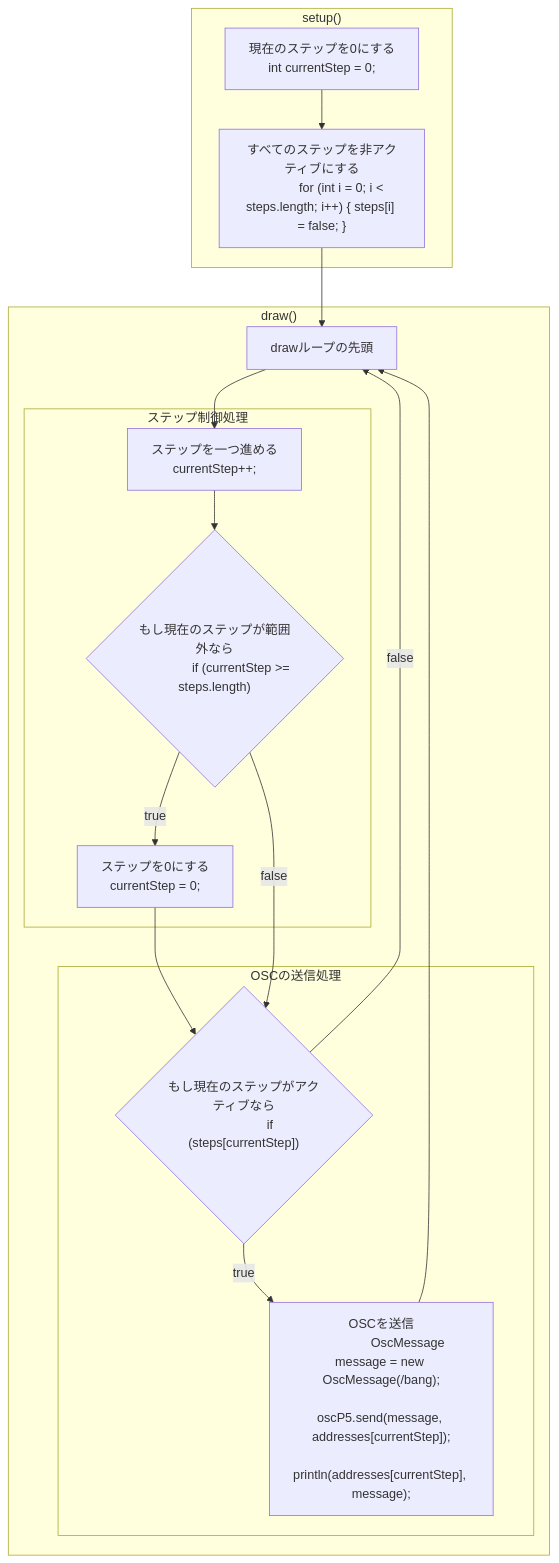
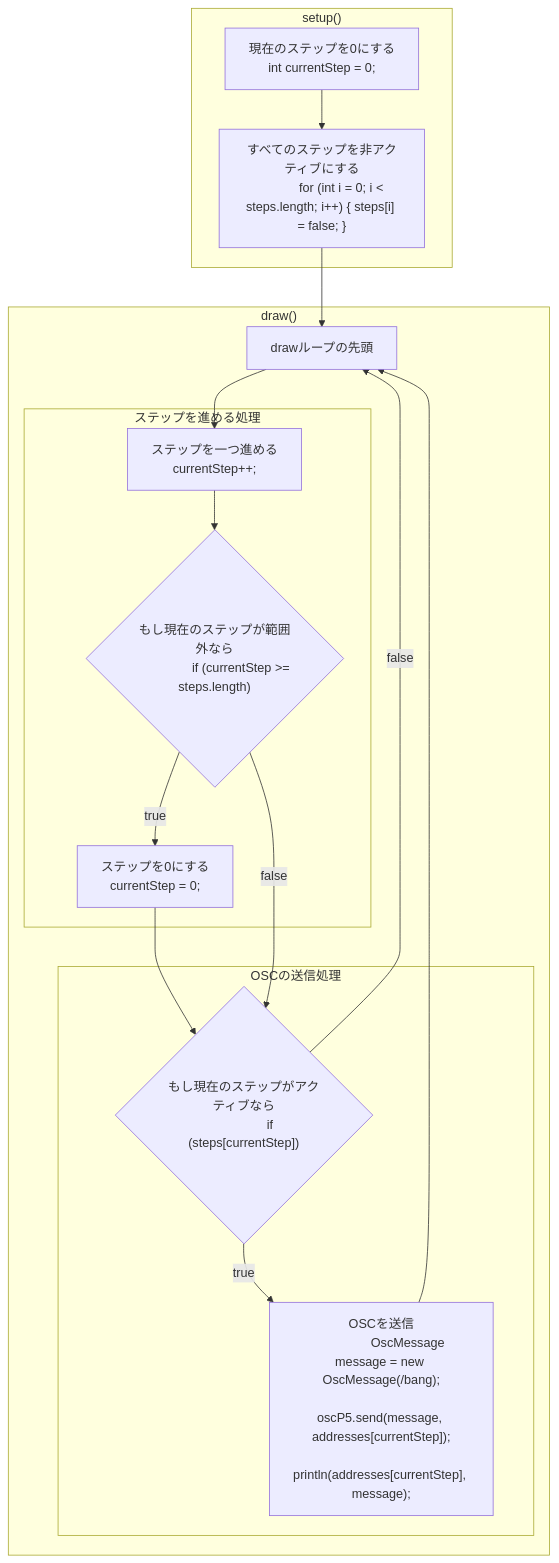
One commit to enkatsu/openlab-workshop202402 changed the diagram in recipes/README.md. Above: the diagram before and after it, drawn with Mermaid. The commit also changed 2 other files, not shown here.

Commit message:
update comment & flowchart

````diff
--- a/recipes/README.md
+++ b/recipes/README.md
@@ -10,40 +10,40 @@
 ```mermaid
 flowchart
     classDef ta-left text-center: left;
 
     subgraph setup["setup()"]
         initCs["現在のステップを0にする
             int currentStep = 0;"]
         initStep["すべてのステップを非アクティブにする
             for (int i = 0; i < steps.length; i++) { steps[i] = false; }"]
     end
     subgraph draw["draw()"]
         loopStart[drawループの先頭]
-        subgraph ステップ制御処理
+        subgraph ステップを進める処理
             incStep["ステップを一つ進める
                 currentStep++;"]
             ifCsOver{"もし現在のステップが範囲外なら
                 if (currentStep >= steps.length)"}:::ta-center
             resetCs["ステップを0にする
                 currentStep = 0;"]
         end
         subgraph OSCの送信処理
             ifStepTrue{"もし現在のステップがアクティブなら
                 if (steps[currentStep])"}:::ta-center
             sendOsc["OSCを送信
                 OscMessage message = new OscMessage(/bang);
                 oscP5.send(message, addresses[currentStep]);
                 println(addresses[currentStep], message);"]
         end
     end
 
     initCs --> initStep
     initStep --> loopStart
 
     loopStart --> incStep
     incStep --> ifCsOver
     ifCsOver -->|true| resetCs --> ifStepTrue
     ifCsOver -->|false| ifStepTrue
     ifStepTrue --> |true| sendOsc --> loopStart
     ifStepTrue --> |false| loopStart
 ```
````
